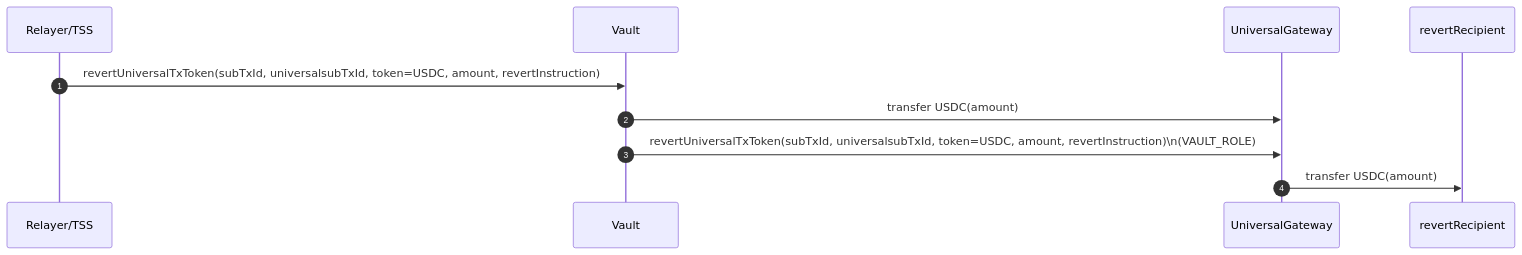
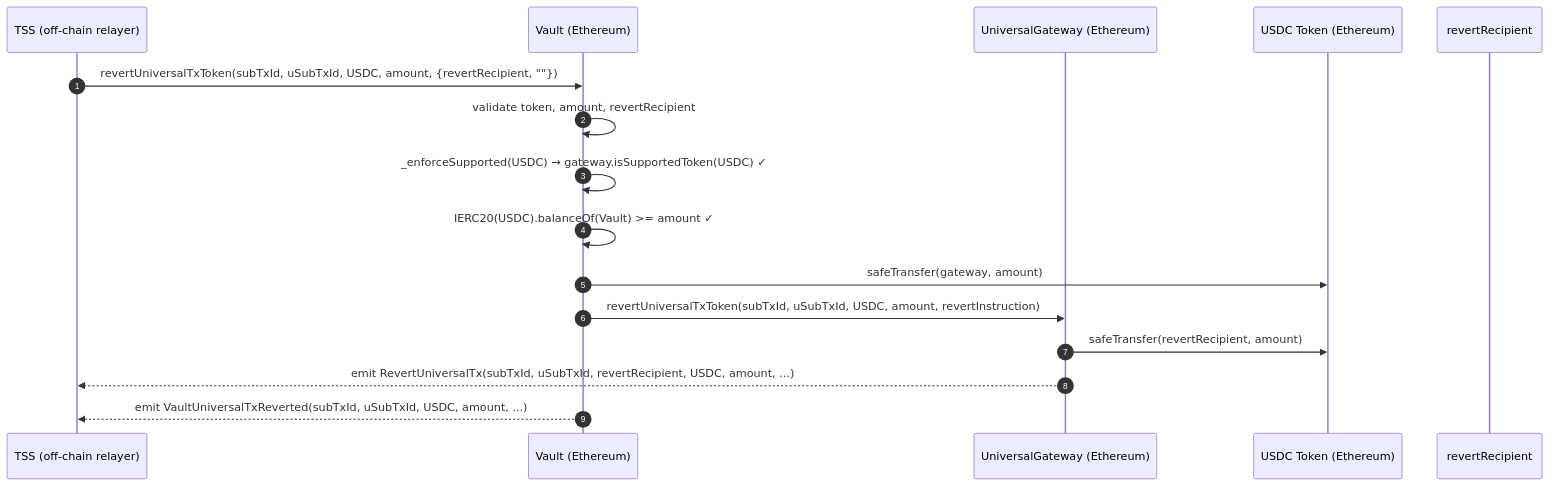
Diagram 12 of 13 in contracts/evm-gateway/docs/4_OutboundTx_Flows.md (pushchain/push-chain-gateway-contracts), drawn with Mermaid before and after one commit. The commit also changed other lines of this file, not shown here.

````diff
--- a/contracts/evm-gateway/docs/4_OutboundTx_Flows.md
+++ b/contracts/evm-gateway/docs/4_OutboundTx_Flows.md
@@ -182,13 +1231,19 @@
 ```mermaid
 sequenceDiagram
     autonumber
-    participant TSS as Relayer/TSS
-    participant V as Vault
-    participant G as UniversalGateway
+    participant TSS as TSS (off-chain relayer)
+    participant V as Vault (Ethereum)
+    participant GW as UniversalGateway (Ethereum)
+    participant USDC as USDC Token (Ethereum)
     participant R as revertRecipient
 
-    TSS->>V: revertUniversalTxToken(subTxId, universalsubTxId, token=USDC, amount, revertInstruction)
-    V->>G: transfer USDC(amount)
-    V->>G: revertUniversalTxToken(subTxId, universalsubTxId, token=USDC, amount, revertInstruction)\n(VAULT_ROLE)
-    G->>R: transfer USDC(amount)
+    TSS->>V: revertUniversalTxToken(subTxId, uSubTxId, USDC, amount, {revertRecipient, ""})
+    V->>V: validate token, amount, revertRecipient
+    V->>V: _enforceSupported(USDC) → gateway.isSupportedToken(USDC) ✓
+    V->>V: IERC20(USDC).balanceOf(Vault) >= amount ✓
+    V->>USDC: safeTransfer(gateway, amount)
+    V->>GW: revertUniversalTxToken(subTxId, uSubTxId, USDC, amount, revertInstruction)
+    GW->>USDC: safeTransfer(revertRecipient, amount)
+    GW-->>TSS: emit RevertUniversalTx(subTxId, uSubTxId, revertRecipient, USDC, amount, ...)
+    V-->>TSS: emit VaultUniversalTxReverted(subTxId, uSubTxId, USDC, amount, ...)
 ```
````
